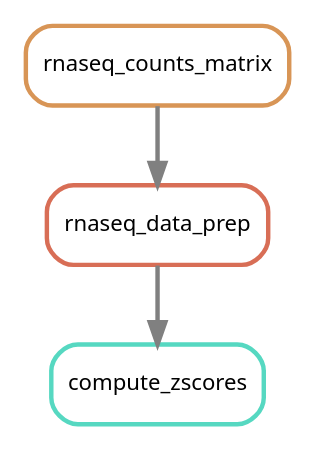
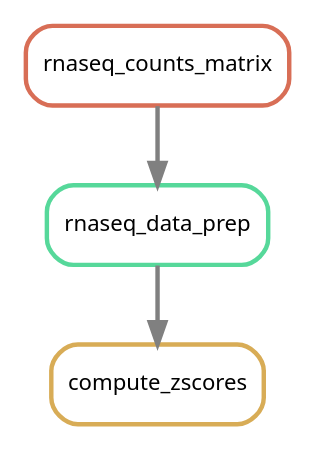
Before and after one commit to NCBI-Hackathons/Pharmacogenomics_Prediction_Pipeline_P3: the diagram in doc/source/images/zscores.dot, drawn with Graphviz. The commit also changed 27 other files, not shown here.

```diff
--- a/doc/source/images/zscores.dot
+++ b/doc/source/images/zscores.dot
@@ -1,10 +1,10 @@
 digraph snakemake_dag {
     graph[bgcolor=white, margin=0];
     node[shape=box, style=rounded, fontname=sans,                 fontsize=10, penwidth=2];
     edge[penwidth=2, color=grey];
-	0[label = "compute_zscores", color = "0.47 0.6 0.85", style="rounded"];
-	1[label = "rnaseq_counts_matrix", color = "0.08 0.6 0.85", style="rounded"];
-	2[label = "rnaseq_data_prep", color = "0.03 0.6 0.85", style="rounded"];
-	2 -> 0
-	1 -> 2
+	0[label = "compute_zscores", color = "0.11 0.6 0.85", style="rounded"];
+	1[label = "rnaseq_data_prep", color = "0.42 0.6 0.85", style="rounded"];
+	2[label = "rnaseq_counts_matrix", color = "0.03 0.6 0.85", style="rounded"];
+	1 -> 0
+	2 -> 1
 }            
```
